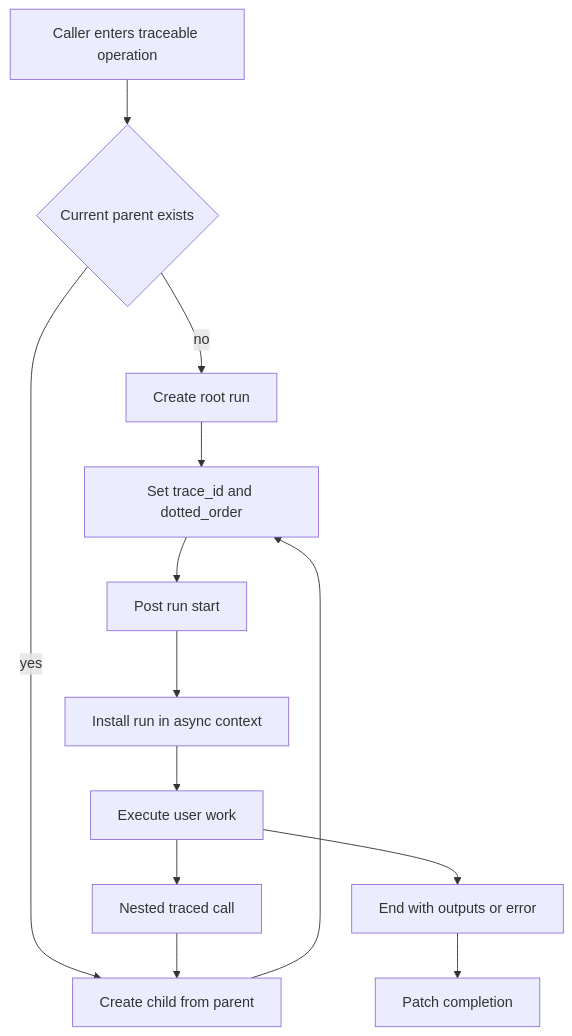
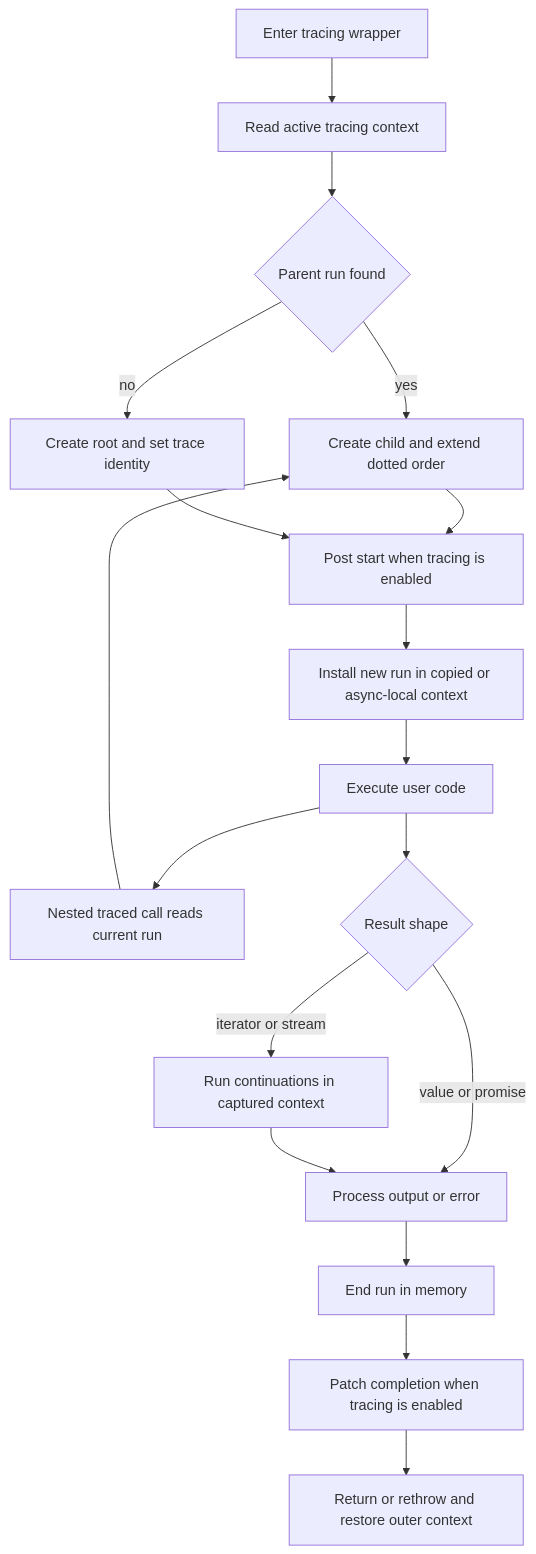
The diagram in openwiki/concepts/run-tree-and-context.md (langchain-ai/langsmith-sdk), drawn with Mermaid before and after one commit. The commit also changed other lines of this file and 27 other files, not shown here.

````diff
--- a/openwiki/concepts/run-tree-and-context.md
+++ b/openwiki/concepts/run-tree-and-context.md
@@ -87,15 +91,20 @@
 ```mermaid
 flowchart TD
-    Caller["Caller enters traceable operation"] --> Parent{"Current parent exists"}
-    Parent -->|no| Root["Create root run"]
-    Parent -->|yes| Child["Create child from parent"]
-    Root --> Identity["Set trace_id and dotted_order"]
-    Child --> Identity
-    Identity --> Start["Post run start"]
-    Start --> Context["Install run in async context"]
-    Context --> Work["Execute user work"]
-    Work --> Nested["Nested traced call"]
+    Enter["Enter tracing wrapper"] --> Discover["Read active tracing context"]
+    Discover --> HasParent{"Parent run found"}
+    HasParent -->|yes| Child["Create child and extend dotted order"]
+    HasParent -->|no| Root["Create root and set trace identity"]
+    Child --> Post["Post start when tracing is enabled"]
+    Root --> Post
+    Post --> Install["Install new run in copied or async-local context"]
+    Install --> Execute["Execute user code"]
+    Execute --> Nested["Nested traced call reads current run"]
     Nested --> Child
-    Work --> Finish["End with outputs or error"]
-    Finish --> Patch["Patch completion"]
+    Execute --> Result{"Result shape"}
+    Result -->|value or promise| Settle["Process output or error"]
+    Result -->|iterator or stream| Iterate["Run continuations in captured context"]
+    Iterate --> Settle
+    Settle --> Finish["End run in memory"]
+    Finish --> Patch["Patch completion when tracing is enabled"]
+    Patch --> Restore["Return or rethrow and restore outer context"]
 ```
````
